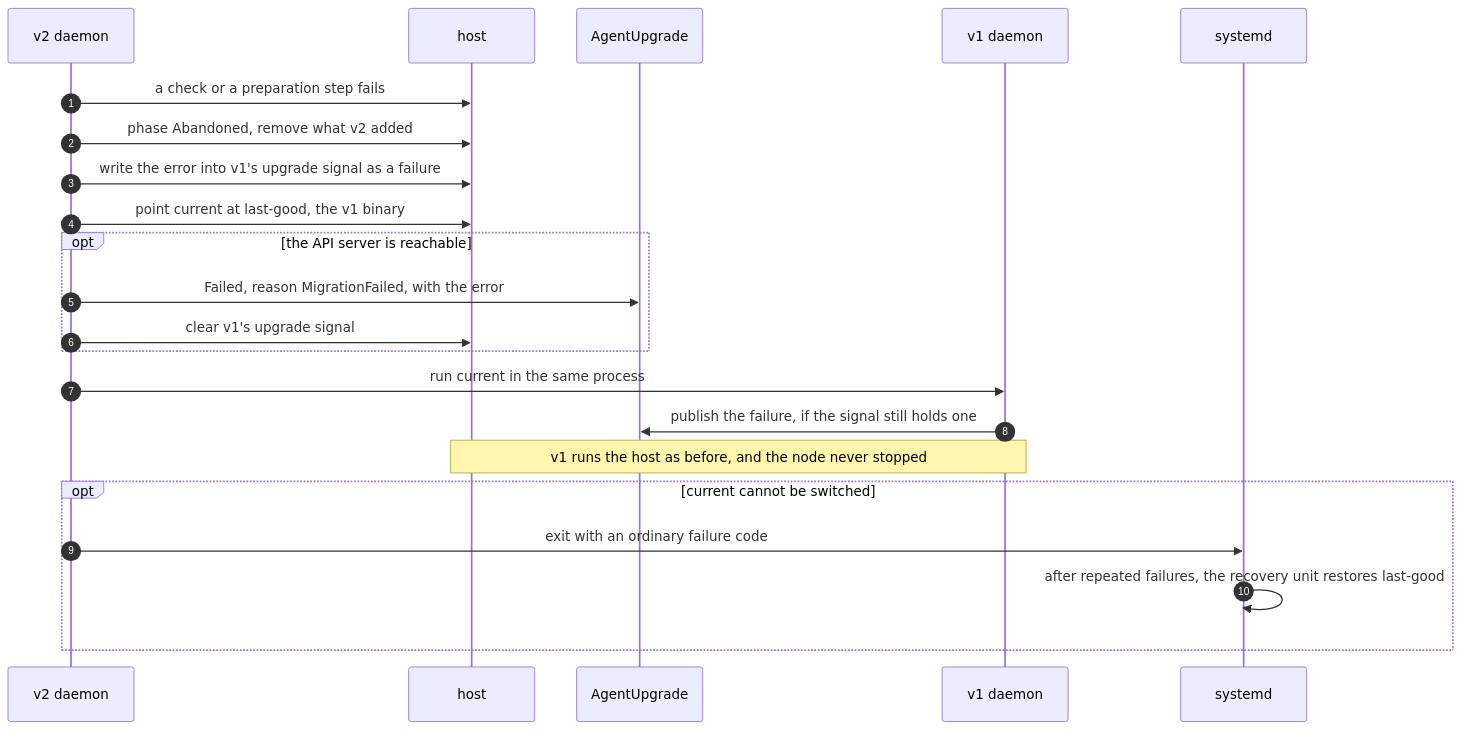
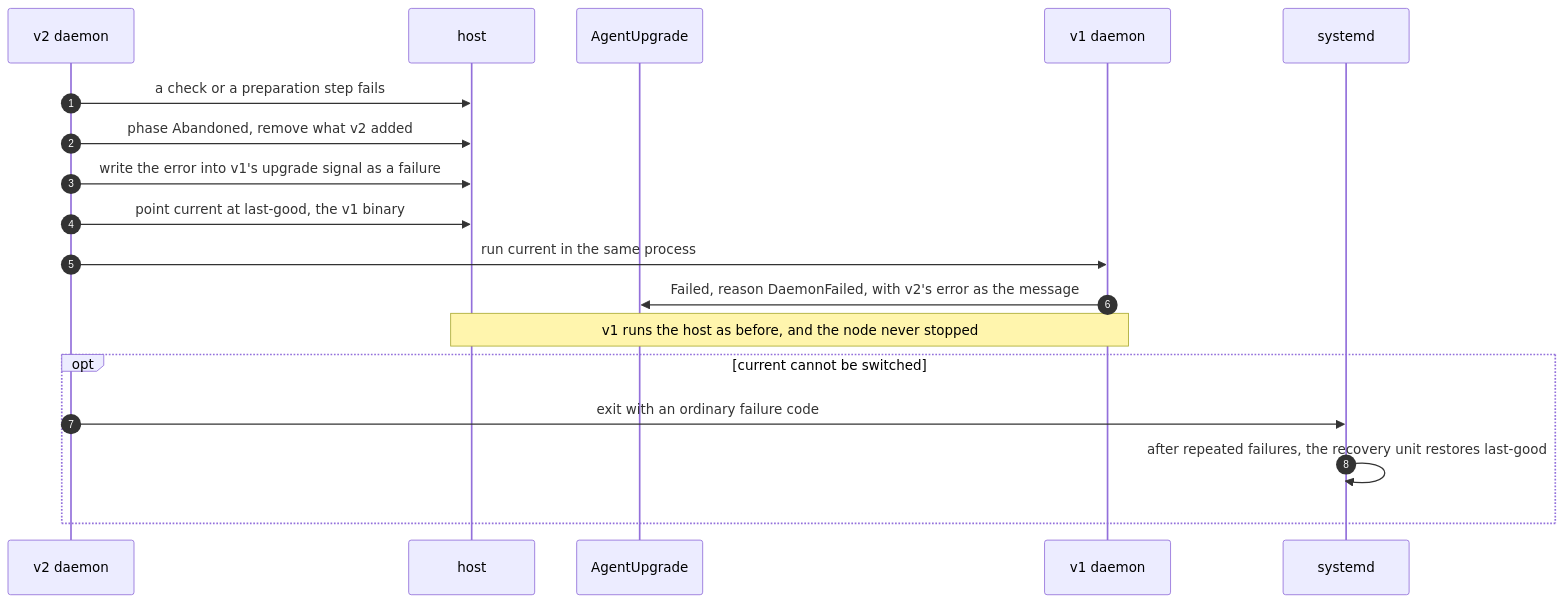
The second of 5 diagrams in designs/agent-v2/10-migration-from-v1.md (Azure/unbounded), drawn with Mermaid before and after one commit. The commit also changed other lines of this file and 8 other files, not shown here.

````diff
--- a/designs/agent-v2/10-migration-from-v1.md
+++ b/designs/agent-v2/10-migration-from-v1.md
@@ -139,24 +151,20 @@
 ```mermaid
 sequenceDiagram
   autonumber
   participant D2 as v2 daemon
   participant H as host
   participant MO as AgentUpgrade
   participant D1 as v1 daemon
   participant SD as systemd
   D2->>H: a check or a preparation step fails
   D2->>H: phase Abandoned, remove what v2 added
   D2->>H: write the error into v1's upgrade signal as a failure
   D2->>H: point current at last-good, the v1 binary
-  opt the API server is reachable
-    D2->>MO: Failed, reason MigrationFailed, with the error
-    D2->>H: clear v1's upgrade signal
-  end
   D2->>D1: run current in the same process
-  D1->>MO: publish the failure, if the signal still holds one
+  D1->>MO: Failed, reason DaemonFailed, with v2's error as the message
   Note over D1,H: v1 runs the host as before, and the node never stopped
   opt current cannot be switched
     D2->>SD: exit with an ordinary failure code
     SD->>SD: after repeated failures, the recovery unit restores last-good
   end
 ```
````
